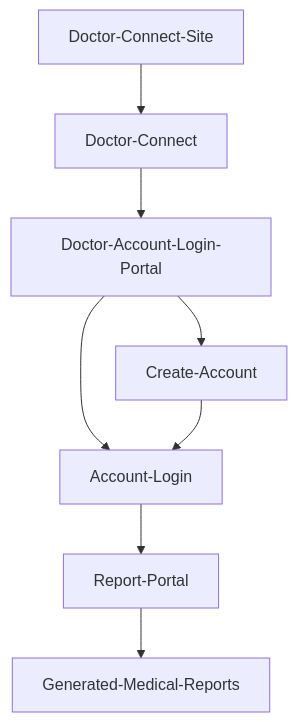
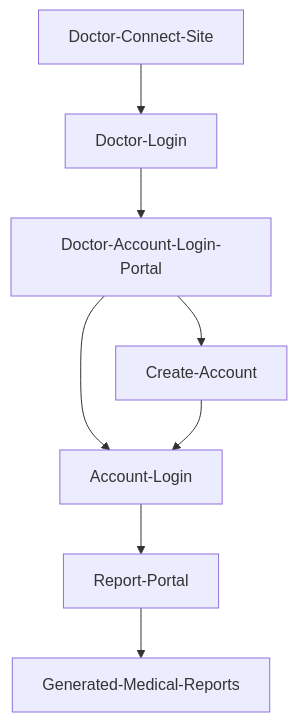
The third of 4 diagrams in README.md (esha0281/TheraSiteFolder), drawn with Mermaid before and after one commit. The commit also changed other lines of this file, not shown here.

````diff
--- a/README.md
+++ b/README.md
@@ -120,10 +120,10 @@
 ```mermaid
 graph TD;
-    Doctor-Connect-Site-->Doctor-Connect;
-    Doctor-Connect-->Doctor-Account-Login-Portal;
+    Doctor-Connect-Site-->Doctor-Login;
+    Doctor-Login-->Doctor-Account-Login-Portal;
     Doctor-Account-Login-Portal-->Account-Login;
     Account-Login-->Report-Portal;
     Report-Portal-->Generated-Medical-Reports;
     Doctor-Account-Login-Portal-->Create-Account;
     Create-Account-->Account-Login;
 ```
````
